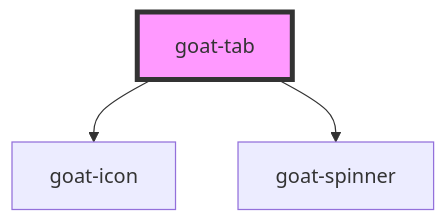
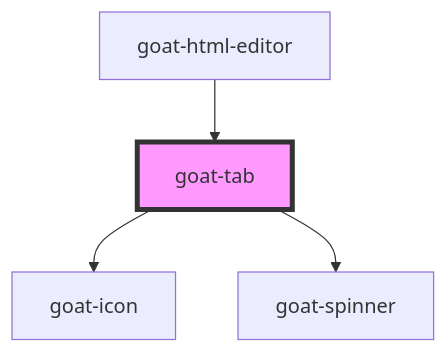
The diagram in src/components/tabs/tab/readme.md (goatui/components), drawn with Mermaid before and after one commit. The commit also changed other lines of this file and 19 other files, not shown here.

````diff
--- a/src/components/tabs/tab/readme.md
+++ b/src/components/tabs/tab/readme.md
@@ -61,6 +65,7 @@
 ```mermaid
 graph TD;
   goat-tab --> goat-icon
   goat-tab --> goat-spinner
+  goat-html-editor --> goat-tab
   style goat-tab fill:#f9f,stroke:#333,stroke-width:4px
 ```
````
